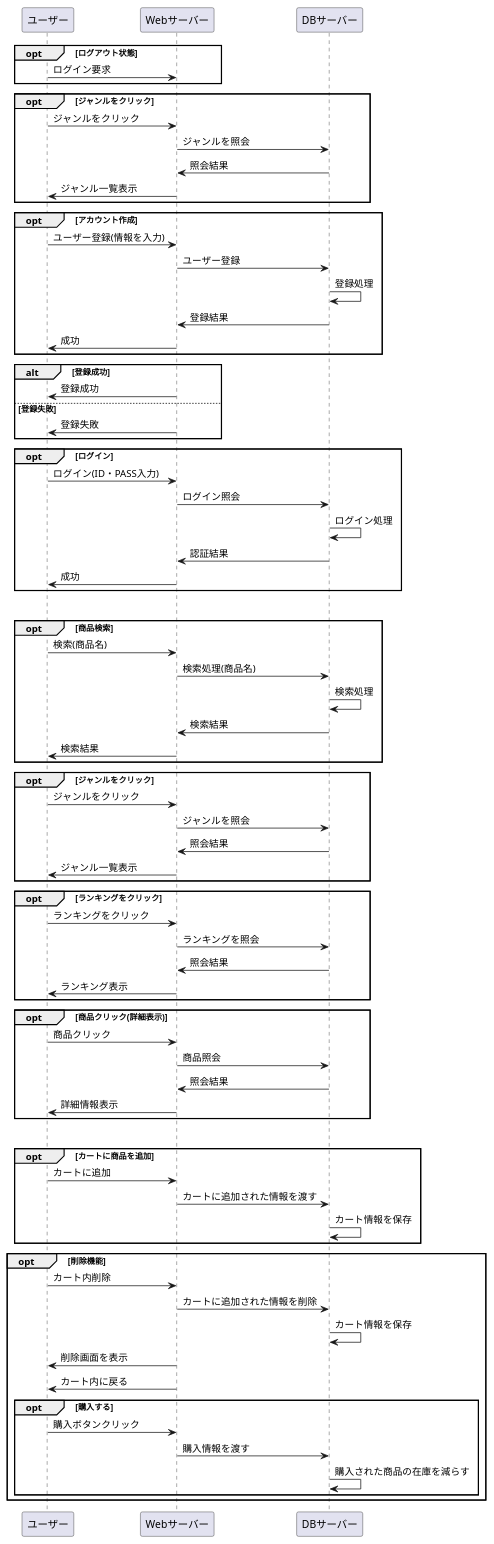
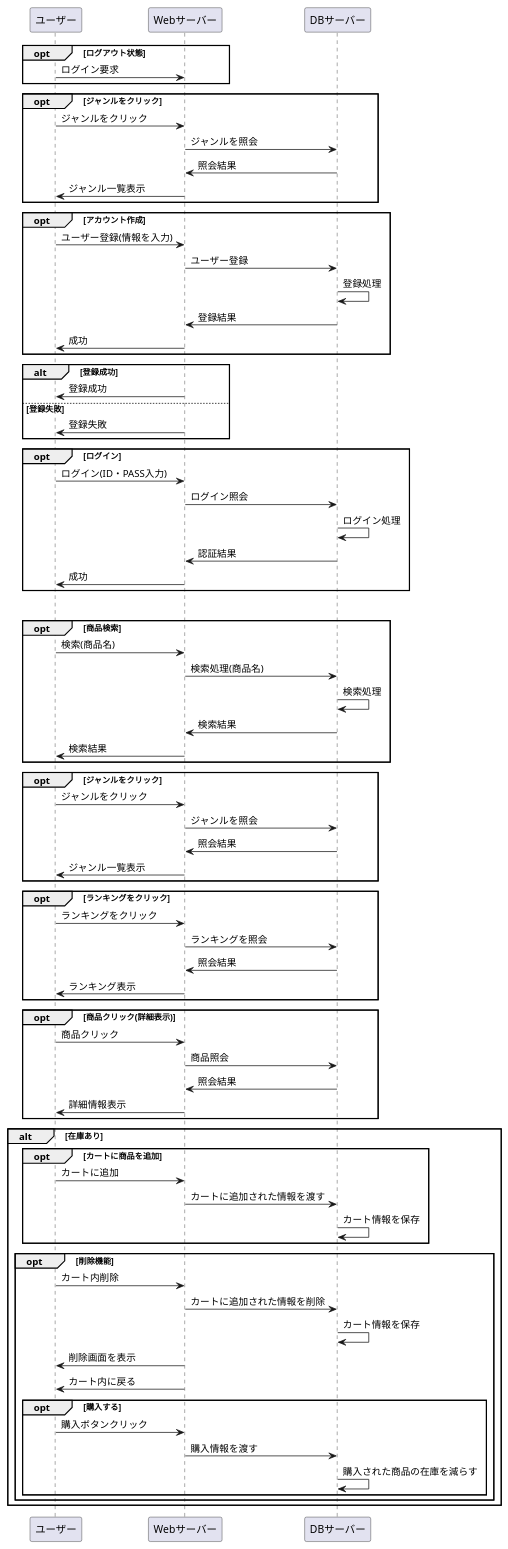
One commit to Aso2001154/2021sys-design changed the diagram in stationary/業務フロー/ren.md. Above: the diagram before and after it, drawn with PlantUML.

```diff
--- a/stationary/業務フロー/ren.md
+++ b/stationary/業務フロー/ren.md
@@ -84,7 +84,8 @@
 ユーザー -> Webサーバー : 購入ボタンクリック
 Webサーバー -> DBサーバー : 購入情報を渡す
 DBサーバー -> DBサーバー : 購入された商品の在庫を減らす
-end 
+end
+end
 end
 
 @enduml
```
